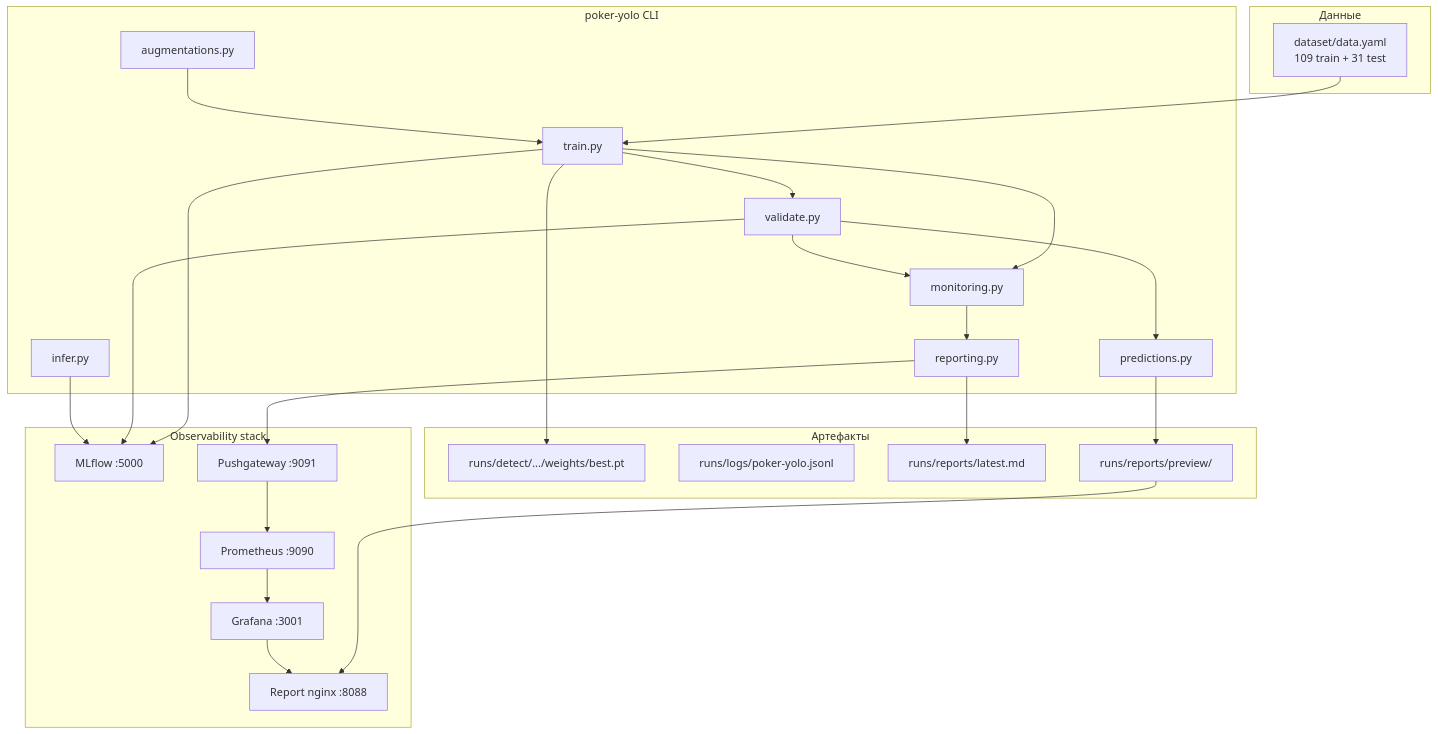
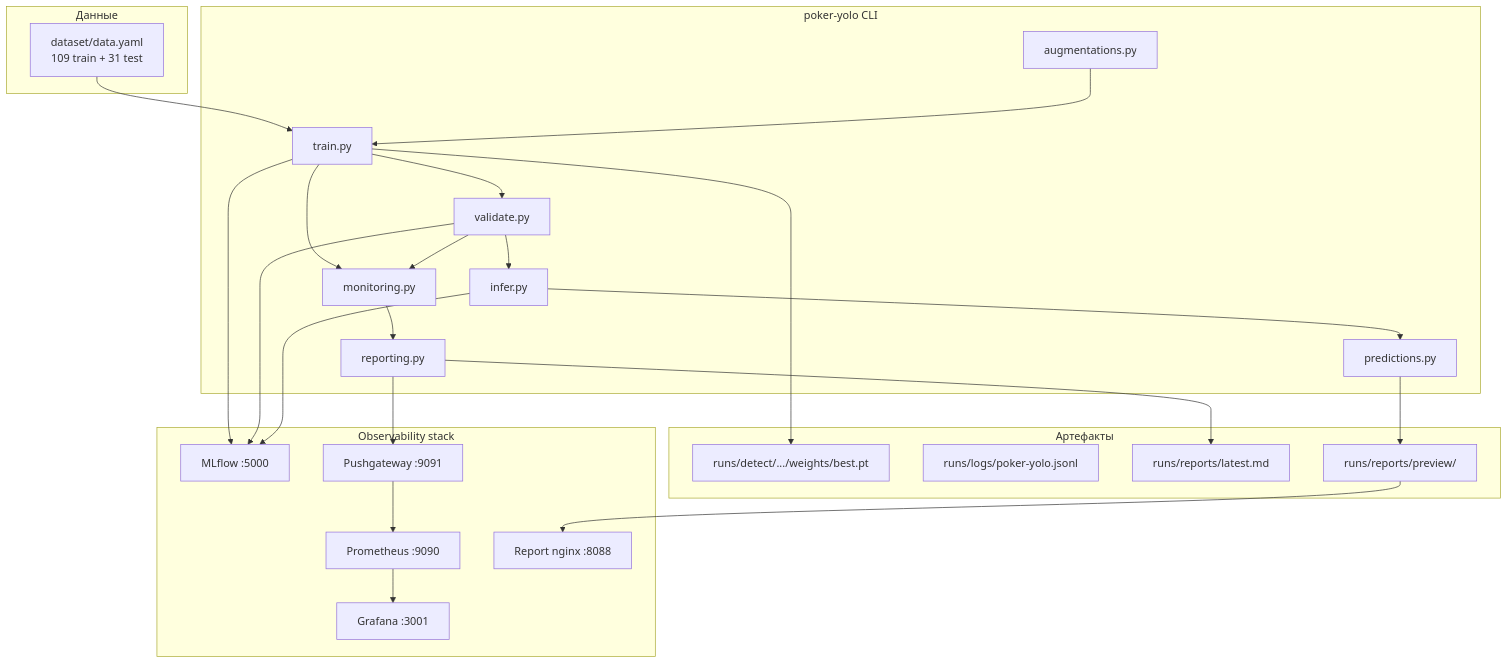
One commit to l00fi/CV_proj_univ changed the diagram in README.md. Above: the diagram before and after it, drawn with Mermaid. The commit also changed other lines of this file and 12 other files, not shown here.

````diff
--- a/README.md
+++ b/README.md
@@ -29,50 +28,50 @@
 ```mermaid
 flowchart TB
     subgraph data [Данные]
         DS[dataset/data.yaml<br/>109 train + 31 test]
     end
 
     subgraph pipeline [poker-yolo CLI]
         TR[train.py]
         VA[validate.py]
         IN[infer.py]
         AU[augmentations.py]
         MO[monitoring.py]
         PR[predictions.py]
         RP[reporting.py]
     end
 
     subgraph outputs [Артефакты]
         W[runs/detect/.../weights/best.pt]
         LG[runs/logs/poker-yolo.jsonl]
         RPT[runs/reports/latest.md]
         PV[runs/reports/preview/]
     end
 
     subgraph observability [Observability stack]
         MLF[MLflow :5000]
         PGW[Pushgateway :9091]
         PROM[Prometheus :9090]
         GRAF[Grafana :3001]
         NGX[Report nginx :8088]
     end
 
     DS --> TR
     AU --> TR
     TR --> VA
+    VA --> IN
     TR --> W
     TR --> MO
     VA --> MO
-    VA --> PR
+    IN --> PR
     PR --> PV
     MO --> RP
     RP --> RPT
     RP --> PGW
     PGW --> PROM
     PROM --> GRAF
     PV --> NGX
-    GRAF --> NGX
     TR --> MLF
     VA --> MLF
     IN --> MLF
 ```
````
